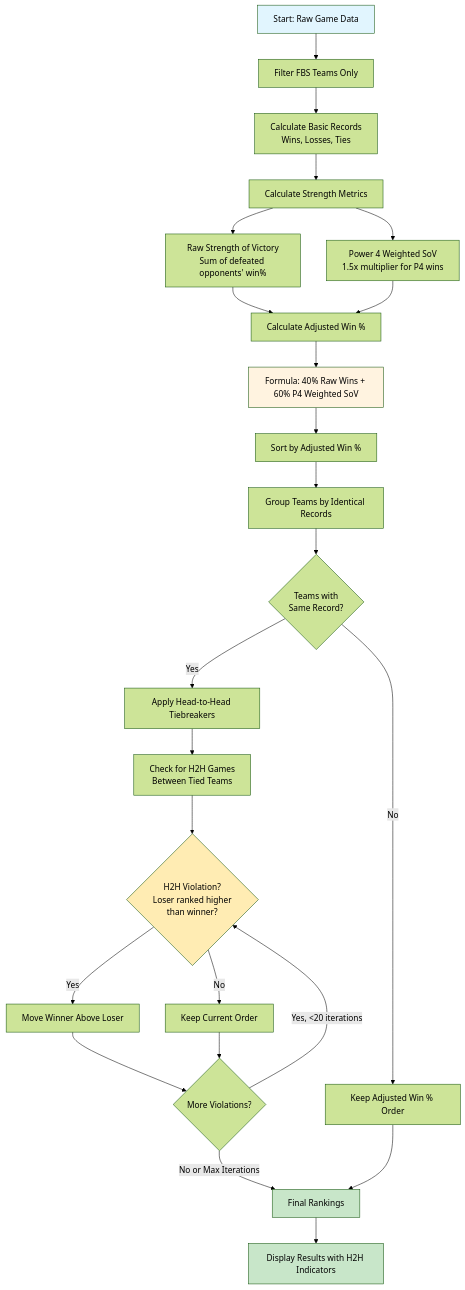
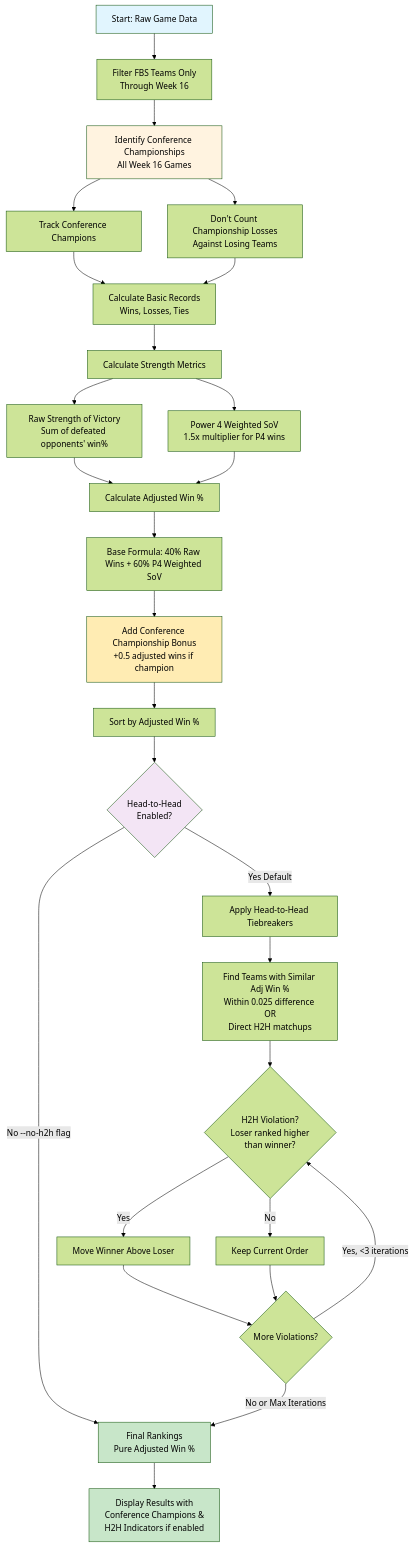
Before and after one commit to will8807/cfb-rankings: the diagram in README.md, drawn with Mermaid (forest theme). The commit also changed other lines of this file and 3 other files, not shown here.

````diff
--- a/README.md
+++ b/README.md
@@ -9,38 +9,44 @@
 ```mermaid
 flowchart TD
-    A[Start: Raw Game Data] --> B[Filter FBS Teams Only]
-    B --> C[Calculate Basic Records<br/>Wins, Losses, Ties]
+    A[Start: Raw Game Data] --> B[Filter FBS Teams Only<br/>Through Week 16]
+    B --> C[Identify Conference Championships<br/>All Week 16 Games]
     
-    C --> D[Calculate Strength Metrics]
-    D --> D1[Raw Strength of Victory<br/>Sum of defeated opponents' win%]
-    D --> D2[Power 4 Weighted SoV<br/>1.5x multiplier for P4 wins]
+    C --> C1[Track Conference Champions]
+    C --> C2[Don't Count Championship Losses<br/>Against Losing Teams]
     
-    D1 --> E[Calculate Adjusted Win %]
-    D2 --> E
-    E --> E1[Formula: 40% Raw Wins + 60% P4 Weighted SoV]
+    C1 --> D[Calculate Basic Records<br/>Wins, Losses, Ties]
+    C2 --> D
     
-    E1 --> F[Sort by Adjusted Win %]
-    F --> G[Group Teams by Identical Records]
+    D --> E[Calculate Strength Metrics]
+    E --> E1[Raw Strength of Victory<br/>Sum of defeated opponents' win%]
+    E --> E2[Power 4 Weighted SoV<br/>1.5x multiplier for P4 wins]
     
-    G --> H{Teams with<br/>Same Record?}
-    H -->|Yes| I[Apply Head-to-Head Tiebreakers]
-    H -->|No| J[Keep Adjusted Win % Order]
+    E1 --> F[Calculate Adjusted Win %]
+    E2 --> F
+    F --> F1[Base Formula: 40% Raw Wins + 60% P4 Weighted SoV]
+    F1 --> F2[Add Conference Championship Bonus<br/>+0.5 adjusted wins if champion]
     
-    I --> I1[Check for H2H Games<br/>Between Tied Teams]
+    F2 --> G[Sort by Adjusted Win %]
+    G --> H{Head-to-Head<br/>Enabled?}
+    
+    H -->|No --no-h2h flag| K[Final Rankings<br/>Pure Adjusted Win %]
+    H -->|Yes Default| I[Apply Head-to-Head Tiebreakers]
+    
+    I --> I1[Find Teams with Similar Adj Win %<br/>Within 0.025 difference OR<br/>Direct H2H matchups]
     I1 --> I2{H2H Violation?<br/>Loser ranked higher<br/>than winner?}
     I2 -->|Yes| I3[Move Winner Above Loser]
     I2 -->|No| I4[Keep Current Order]
     I3 --> I5{More Violations?}
     I4 --> I5
-    I5 -->|Yes, <20 iterations| I2
-    I5 -->|No or Max Iterations| K[Final Rankings]
+    I5 -->|Yes, <3 iterations| I2
+    I5 -->|No or Max Iterations| K
     
-    J --> K
-    K --> L[Display Results with H2H Indicators]
+    K --> L[Display Results with<br/>Conference Champions &<br/>H2H Indicators if enabled]
     
     style A fill:#e1f5fe
+    style C fill:#fff3e0
+    style F2 fill:#ffecb3
     style K fill:#c8e6c9
     style L fill:#c8e6c9
-    style E1 fill:#fff3e0
-    style I2 fill:#ffecb3
+    style H fill:#f3e5f5
 ```
````
